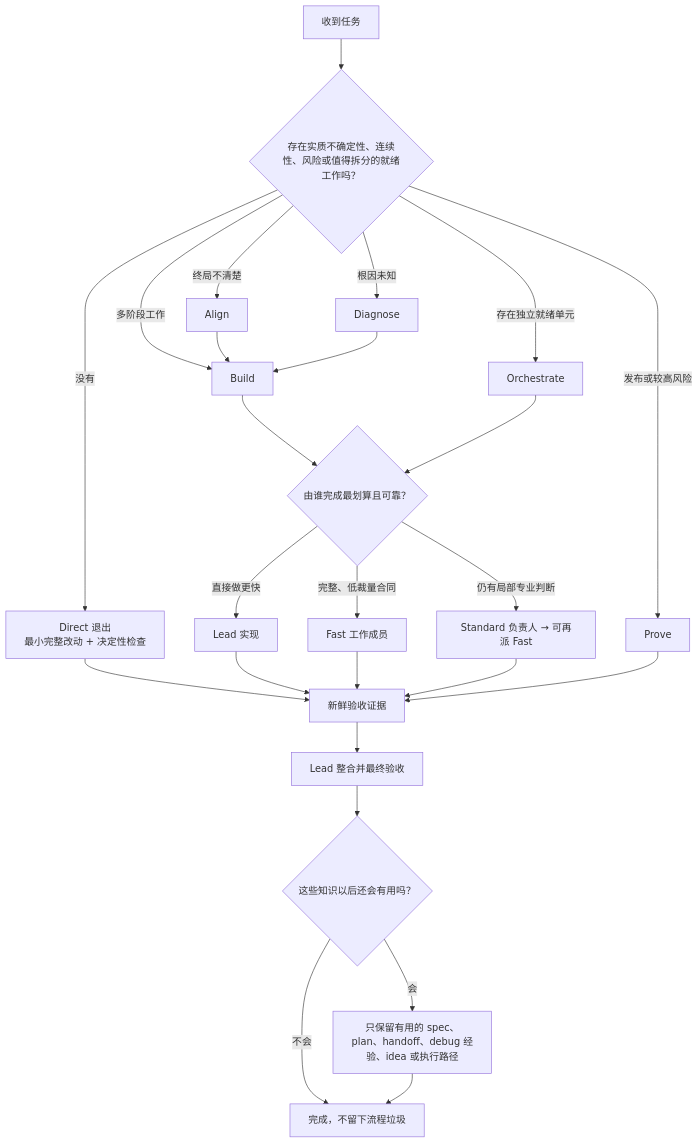
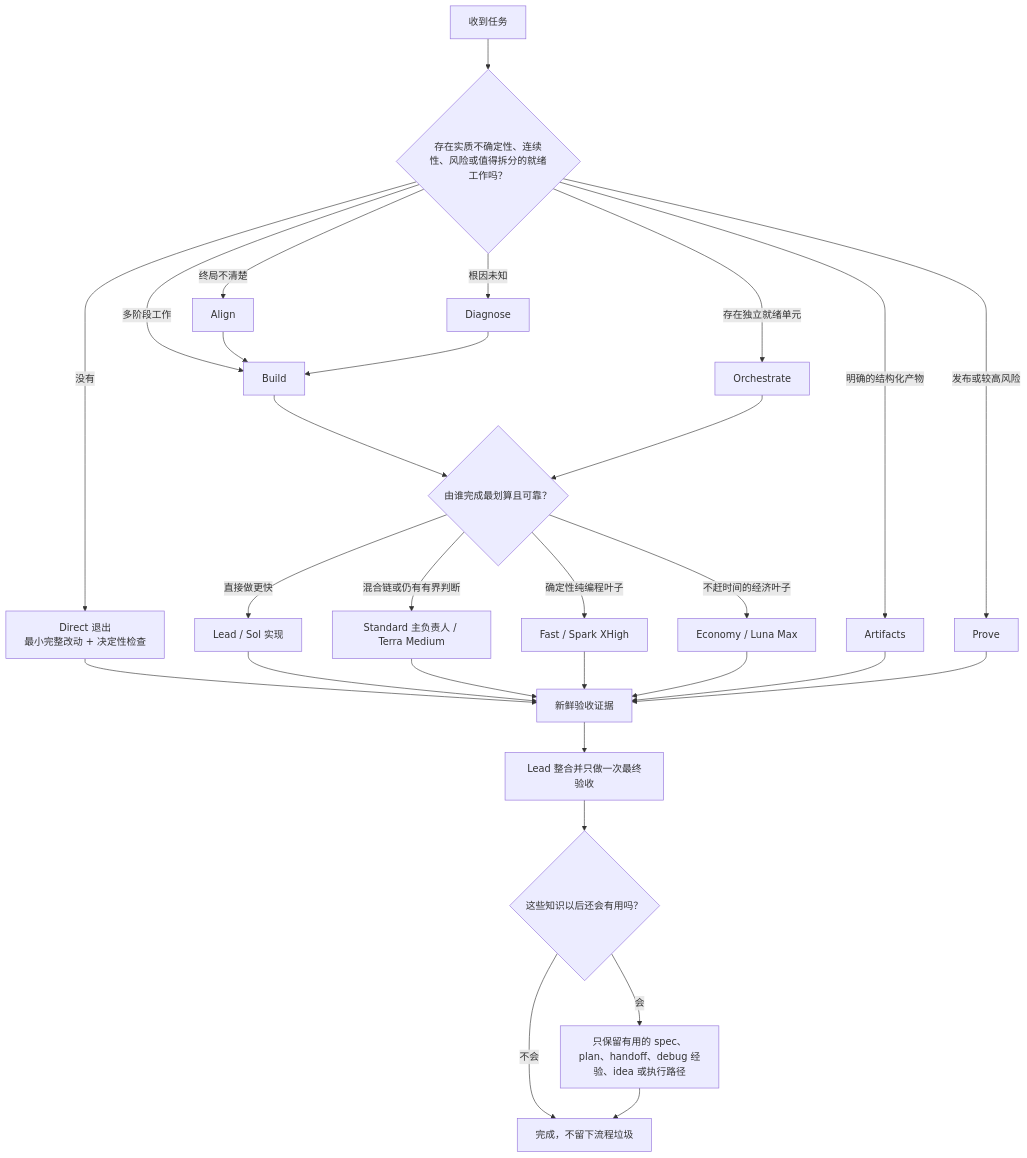
The diagram in README.zh-CN.md (blackstone2333/goldilocks), drawn with Mermaid before and after one commit. The commit also changed other lines of this file and 65 other files, not shown here.

````diff
--- a/README.zh-CN.md
+++ b/README.zh-CN.md
@@ -117,27 +109,31 @@
 ```mermaid
 flowchart TD
     A["收到任务"] --> B{"存在实质不确定性、连续性、风险或值得拆分的就绪工作吗？"}
     B -- "没有" --> C["Direct 退出<br/>最小完整改动 + 决定性检查"]
     B -- "终局不清楚" --> D["Align"]
     B -- "根因未知" --> E["Diagnose"]
     B -- "多阶段工作" --> F["Build"]
     B -- "存在独立就绪单元" --> G["Orchestrate"]
     B -- "发布或较高风险" --> H["Prove"]
+    B -- "明确的结构化产物" --> I["Artifacts"]
     D --> F
     E --> F
     F --> J{"由谁完成最划算且可靠？"}
     G --> J
-    J -- "直接做更快" --> K["Lead 实现"]
-    J -- "完整、低裁量合同" --> L["Fast 工作成员"]
-    J -- "仍有局部专业判断" --> M["Standard 负责人 → 可再派 Fast"]
-    C --> N["新鲜验收证据"]
-    K --> N
-    L --> N
-    M --> N
-    H --> N
-    N --> O["Lead 整合并最终验收"]
-    O --> P{"这些知识以后还会有用吗？"}
-    P -- "会" --> Q["只保留有用的 spec、plan、handoff、debug 经验、idea 或执行路径"]
-    P -- "不会" --> R["完成，不留下流程垃圾"]
-    Q --> R
+    J -- "直接做更快" --> K["Lead / Sol 实现"]
+    J -- "混合链或仍有有界判断" --> L["Standard 主负责人 / Terra Medium"]
+    J -- "确定性纯编程叶子" --> M["Fast / Spark XHigh"]
+    J -- "不赶时间的经济叶子" --> N["Economy / Luna Max"]
+    C --> O["新鲜验收证据"]
+    K --> O
+    L --> O
+    M --> O
+    N --> O
+    I --> O
+    H --> O
+    O --> P["Lead 整合并只做一次最终验收"]
+    P --> Q{"这些知识以后还会有用吗？"}
+    Q -- "会" --> R["只保留有用的 spec、plan、handoff、debug 经验、idea 或执行路径"]
+    Q -- "不会" --> S["完成，不留下流程垃圾"]
+    R --> S
 ```
````
